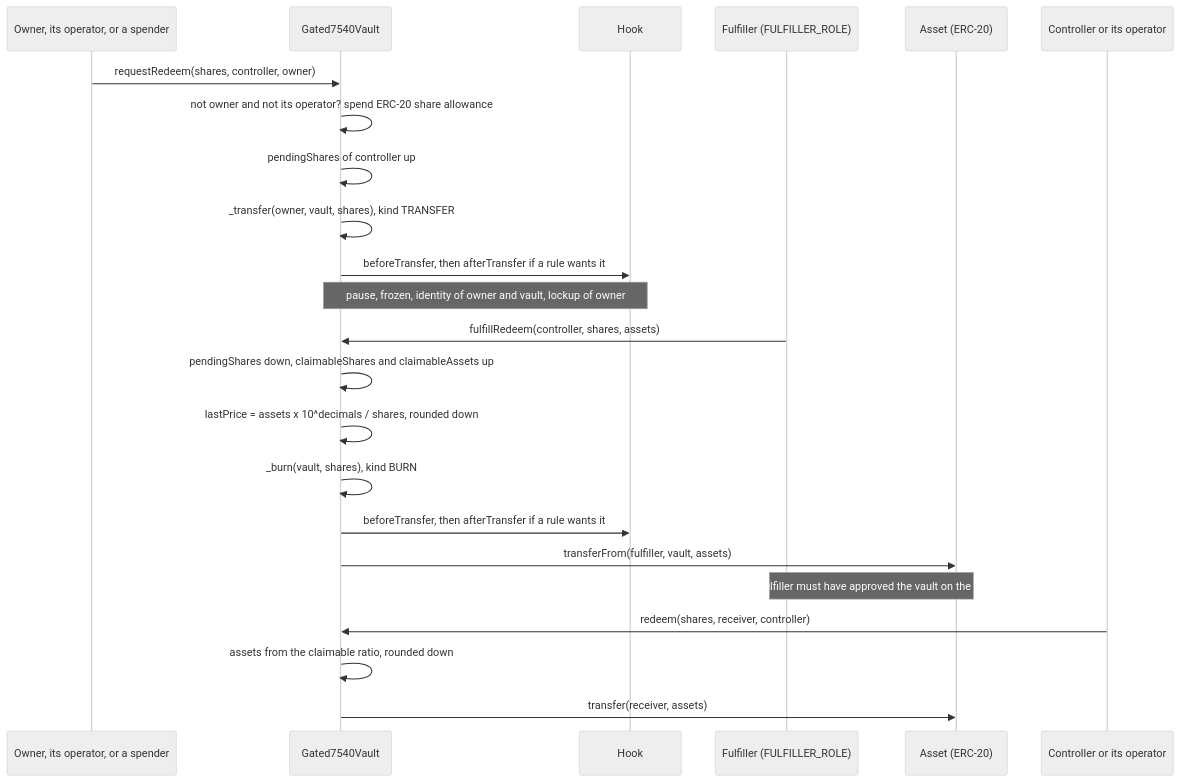
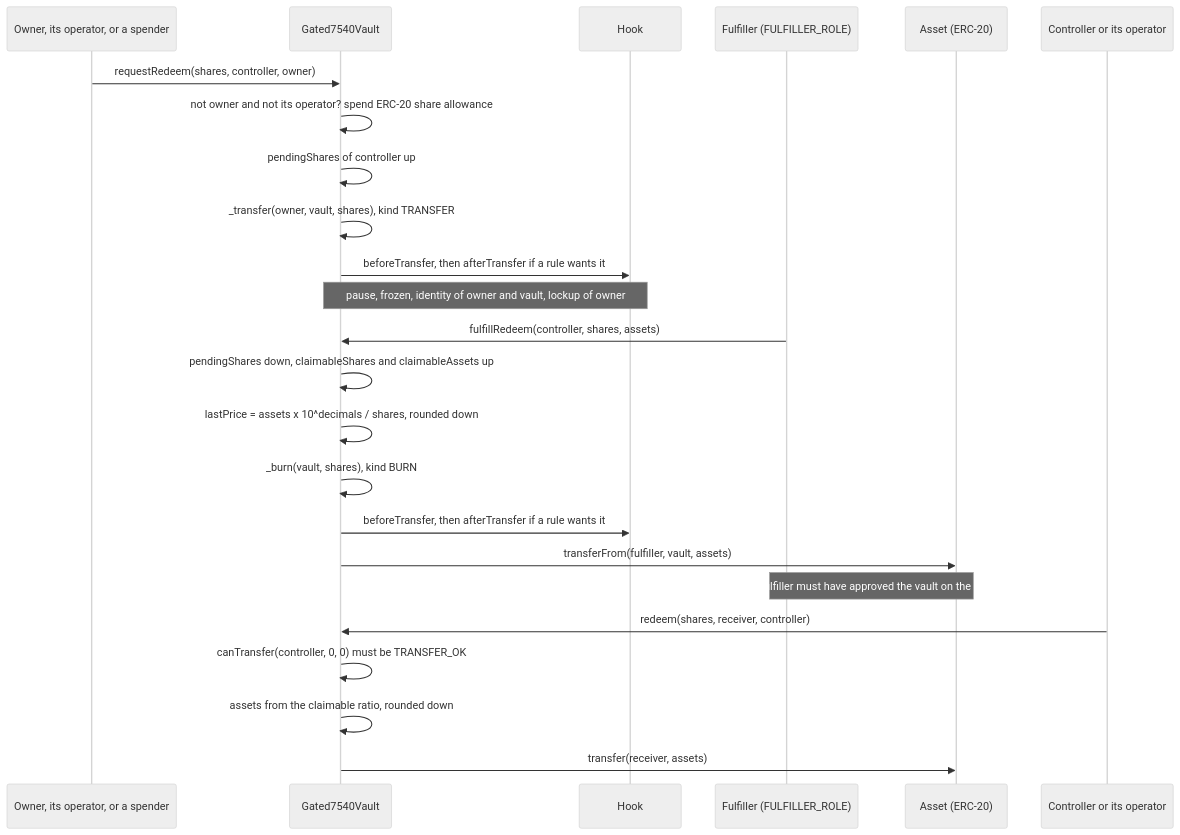
The fourth of 6 diagrams in docs/flows-vaults.md (fepvenancio/rwa-token), drawn with Mermaid (neutral theme) before and after one commit. The commit also changed other lines of this file and 7 other files, not shown here.

````diff
--- a/docs/flows-vaults.md
+++ b/docs/flows-vaults.md
@@ -144,28 +145,29 @@
 ```mermaid
 sequenceDiagram
   participant O as Owner, its operator, or a spender
   participant V as Gated7540Vault
   participant H as Hook
   participant F as Fulfiller (FULFILLER_ROLE)
   participant A as Asset (ERC-20)
   participant K as Controller or its operator
 
   O->>V: requestRedeem(shares, controller, owner)
   V->>V: not owner and not its operator? spend ERC-20 share allowance
   V->>V: pendingShares of controller up
   V->>V: _transfer(owner, vault, shares), kind TRANSFER
   V->>H: beforeTransfer, then afterTransfer if a rule wants it
   Note over V,H: pause, frozen, identity of owner and vault, lockup of owner
 
   F->>V: fulfillRedeem(controller, shares, assets)
   V->>V: pendingShares down, claimableShares and claimableAssets up
   V->>V: lastPrice = assets x 10^decimals / shares, rounded down
   V->>V: _burn(vault, shares), kind BURN
   V->>H: beforeTransfer, then afterTransfer if a rule wants it
   V->>A: transferFrom(fulfiller, vault, assets)
   Note over F,A: the fulfiller must have approved the vault on the asset
 
   K->>V: redeem(shares, receiver, controller)
+  V->>V: canTransfer(controller, 0, 0) must be TRANSFER_OK
   V->>V: assets from the claimable ratio, rounded down
   V->>A: transfer(receiver, assets)
 ```
````
